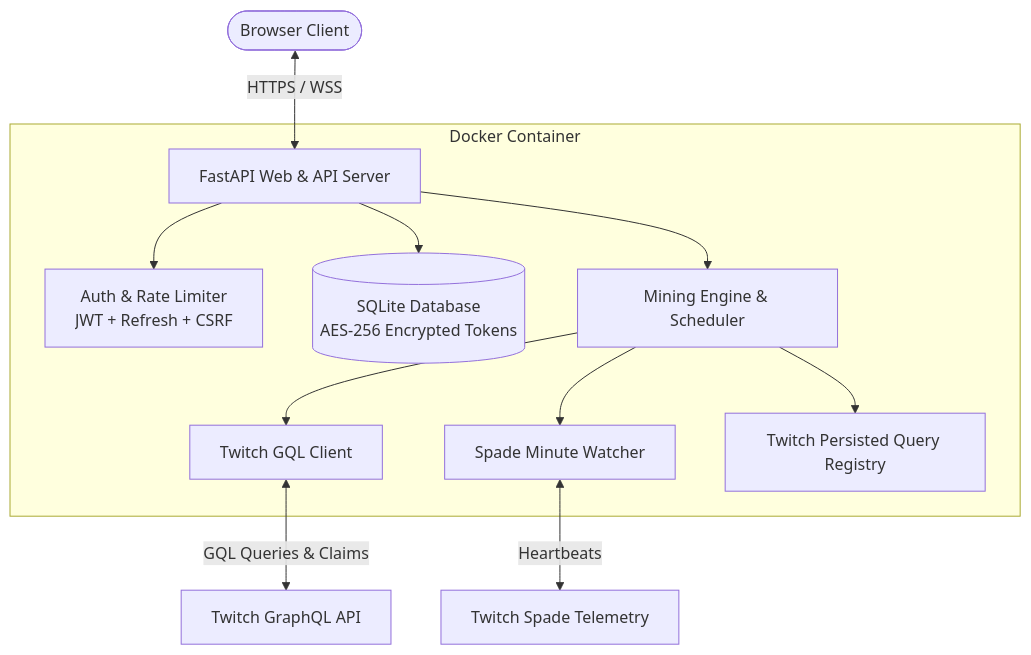
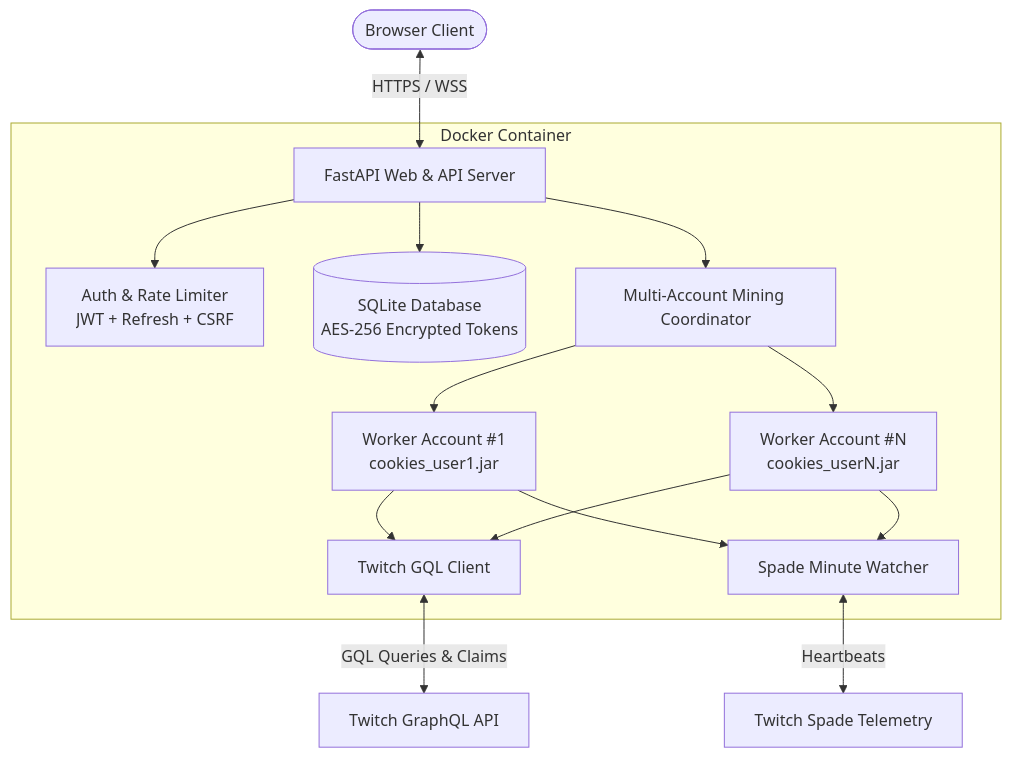
The diagram in README.md (MatinMHF/twitch-drop-miner), drawn with Mermaid before and after one commit. The commit also changed other lines of this file and 1 other file, not shown here.

````diff
--- a/README.md
+++ b/README.md
@@ -70,17 +136,21 @@
 ```mermaid
 graph TD
     User([Browser Client]) <-->|HTTPS / WSS| FastAPI[FastAPI Web & API Server]
     
     subgraph Docker Container
         FastAPI --> Auth[Auth & Rate Limiter<br/>JWT + Refresh + CSRF]
         FastAPI --> DB[(SQLite Database<br/>AES-256 Encrypted Tokens)]
-        FastAPI --> MiningService[Mining Engine & Scheduler]
+        FastAPI --> MiningService[Multi-Account Mining Coordinator]
         
-        MiningService --> GQLClient[Twitch GQL Client]
-        MiningService --> SpadeTracker[Spade Minute Watcher]
-        MiningService --> QueryRegistry[Twitch Persisted Query Registry]
+        MiningService --> Worker1[Worker Account #1<br/>cookies_user1.jar]
+        MiningService --> Worker2[Worker Account #N<br/>cookies_userN.jar]
+        
+        Worker1 --> GQLClient[Twitch GQL Client]
+        Worker1 --> SpadeTracker[Spade Minute Watcher]
+        Worker2 --> GQLClient
+        Worker2 --> SpadeTracker
     end
 
     GQLClient <-->|GQL Queries & Claims| TwitchGQL[Twitch GraphQL API]
     SpadeTracker <-->|Heartbeats| TwitchSpade[Twitch Spade Telemetry]
 ```
````
